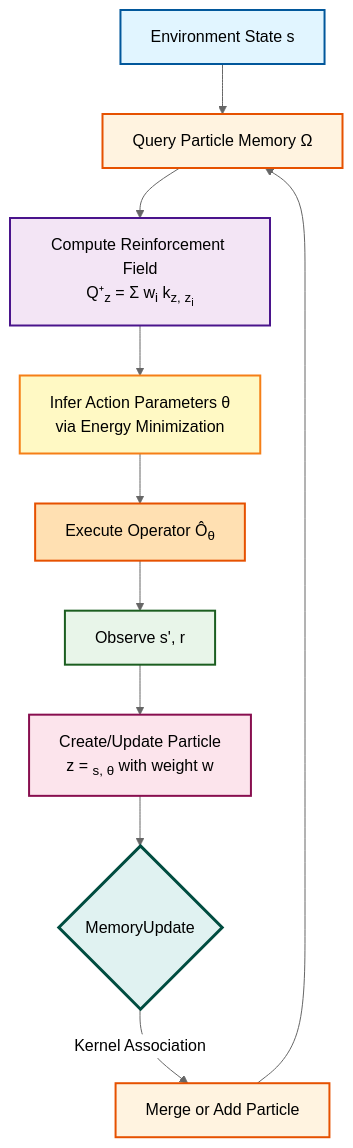
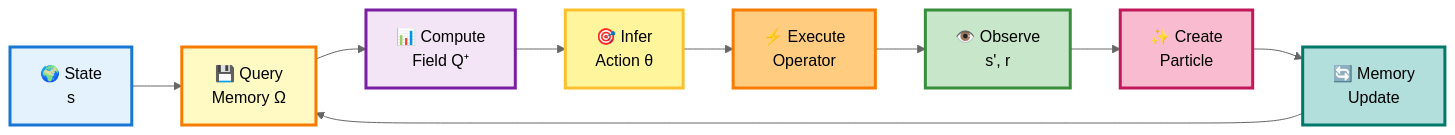
The second of 2 diagrams in README.md (pleiadian53/GRL), drawn with Mermaid (neutral theme) before and after one commit. The commit also changed other lines of this file, not shown here.

First line of the commit message:
style: Improve Mermaid diagrams visibility and layout

````diff
--- a/README.md
+++ b/README.md
@@ -182,22 +185,20 @@
 ```mermaid
-graph TD
-    A[Environment State s] --> B[Query Particle Memory Ω]
-    B --> C[Compute Reinforcement Field<br/>Q⁺<sub>z</sub> = Σ w<sub>i</sub> k<sub>z, z<sub>i</sub></sub>]
-    C --> D[Infer Action Parameters θ<br/>via Energy Minimization]
-    D --> E[Execute Operator Ô<sub>θ</sub>]
-    E --> F[Observe s', r]
-    F --> G[Create/Update Particle<br/>z = <sub>s, θ</sub> with weight w]
-    G --> H{MemoryUpdate}
-    H -->|Kernel Association| I[Merge or Add Particle]
-    I --> B
+graph LR
+    A["🌍 State<br/>s"] --> B["💾 Query<br/>Memory Ω"]
+    B --> C["📊 Compute<br/>Field Q⁺"]
+    C --> D["🎯 Infer<br/>Action θ"]
+    D --> E["⚡ Execute<br/>Operator"]
+    E --> F["👁️ Observe<br/>s', r"]
+    F --> G["✨ Create<br/>Particle"]
+    G --> H["🔄 Memory<br/>Update"]
+    H --> B
     
-    style A fill:#e1f5ff,stroke:#01579b,stroke-width:2px
-    style B fill:#fff3e0,stroke:#e65100,stroke-width:2px
-    style C fill:#f3e5f5,stroke:#4a148c,stroke-width:2px
-    style D fill:#fff9c4,stroke:#f57f17,stroke-width:2px
-    style E fill:#ffe0b2,stroke:#e65100,stroke-width:2px
-    style F fill:#e8f5e9,stroke:#1b5e20,stroke-width:2px
-    style G fill:#fce4ec,stroke:#880e4f,stroke-width:2px
-    style H fill:#e0f2f1,stroke:#004d40,stroke-width:3px
-    style I fill:#fff3e0,stroke:#e65100,stroke-width:2px
+    style A fill:#e3f2fd,stroke:#1976d2,stroke-width:3px,color:#000
+    style B fill:#fff9c4,stroke:#f57c00,stroke-width:3px,color:#000
+    style C fill:#f3e5f5,stroke:#7b1fa2,stroke-width:3px,color:#000
+    style D fill:#fff59d,stroke:#fbc02d,stroke-width:3px,color:#000
+    style E fill:#ffcc80,stroke:#f57c00,stroke-width:3px,color:#000
+    style F fill:#c8e6c9,stroke:#388e3c,stroke-width:3px,color:#000
+    style G fill:#f8bbd0,stroke:#c2185b,stroke-width:3px,color:#000
+    style H fill:#b2dfdb,stroke:#00796b,stroke-width:3px,color:#000
 ```
````
